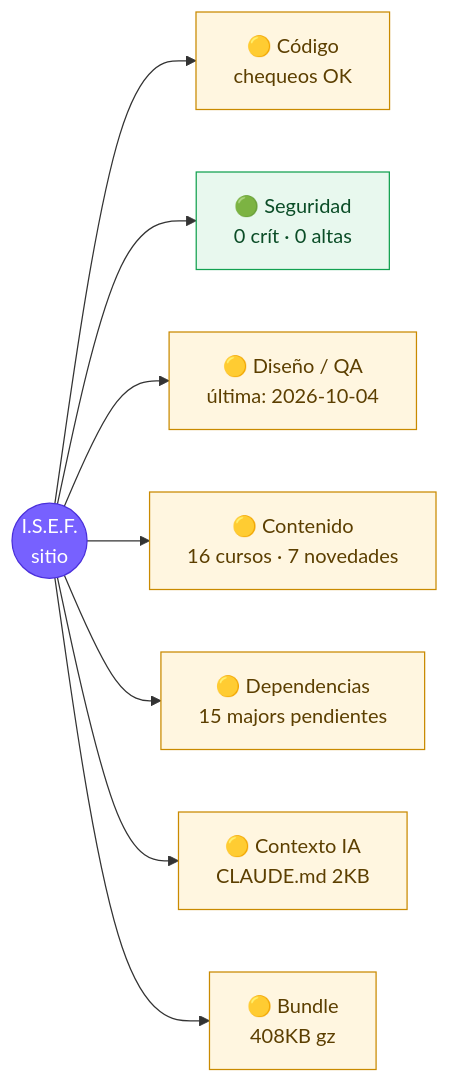
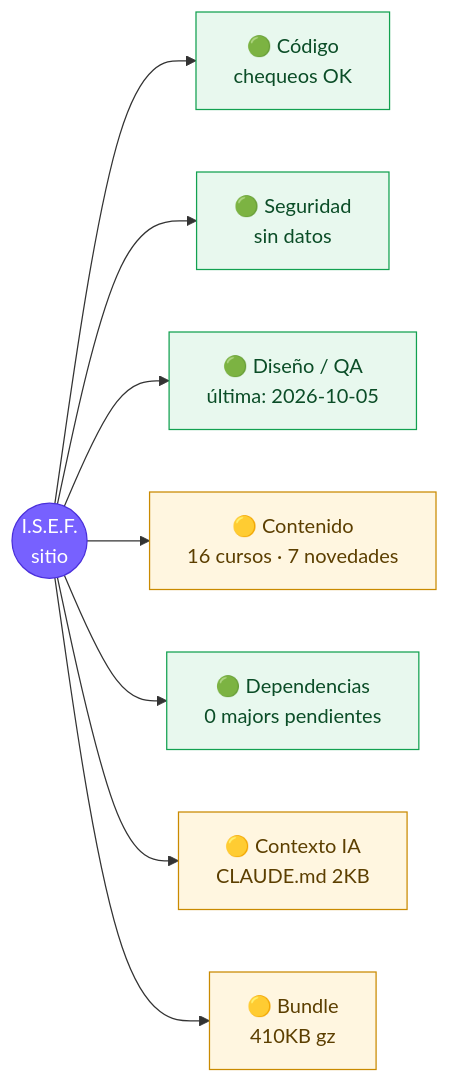
One commit to valedominguezl/isef-main changed the diagram in docs/MAPA.md. Above: the diagram before and after it, drawn with Mermaid. The commit also changed other lines of this file and 1 other file, not shown here.

````diff
--- a/docs/MAPA.md
+++ b/docs/MAPA.md
@@ -5,15 +5,15 @@
 ```mermaid
 flowchart LR
   ISEF((I.S.E.F.<br/>sitio)):::core
-  ISEF --> COD[🟡 Código<br/>chequeos OK]:::warn
-  ISEF --> SEG[🟢 Seguridad<br/>0 crít · 0 altas]:::ok
-  ISEF --> DIS[🟡 Diseño / QA<br/>última: 2026-10-04]:::warn
+  ISEF --> COD[🟢 Código<br/>chequeos OK]:::ok
+  ISEF --> SEG[🟢 Seguridad<br/>sin datos]:::ok
+  ISEF --> DIS[🟢 Diseño / QA<br/>última: 2026-10-05]:::ok
   ISEF --> CON[🟡 Contenido<br/>16 cursos · 7 novedades]:::warn
-  ISEF --> DEP[🟡 Dependencias<br/>15 majors pendientes]:::warn
+  ISEF --> DEP[🟢 Dependencias<br/>0 majors pendientes]:::ok
   ISEF --> TOK[🟡 Contexto IA<br/>CLAUDE.md 2KB]:::warn
-  ISEF --> BUN[🟡 Bundle<br/>408KB gz]:::warn
+  ISEF --> BUN[🟡 Bundle<br/>410KB gz]:::warn
   classDef ok fill:#e8f8ee,stroke:#12a150,color:#0b4d27
   classDef warn fill:#fff6e0,stroke:#c98a00,color:#5c3f00
   classDef bad fill:#ffe9e8,stroke:#d93636,color:#6b1111
   classDef core fill:#7761ff,stroke:#4a2fdb,color:#fff
 ```
````
